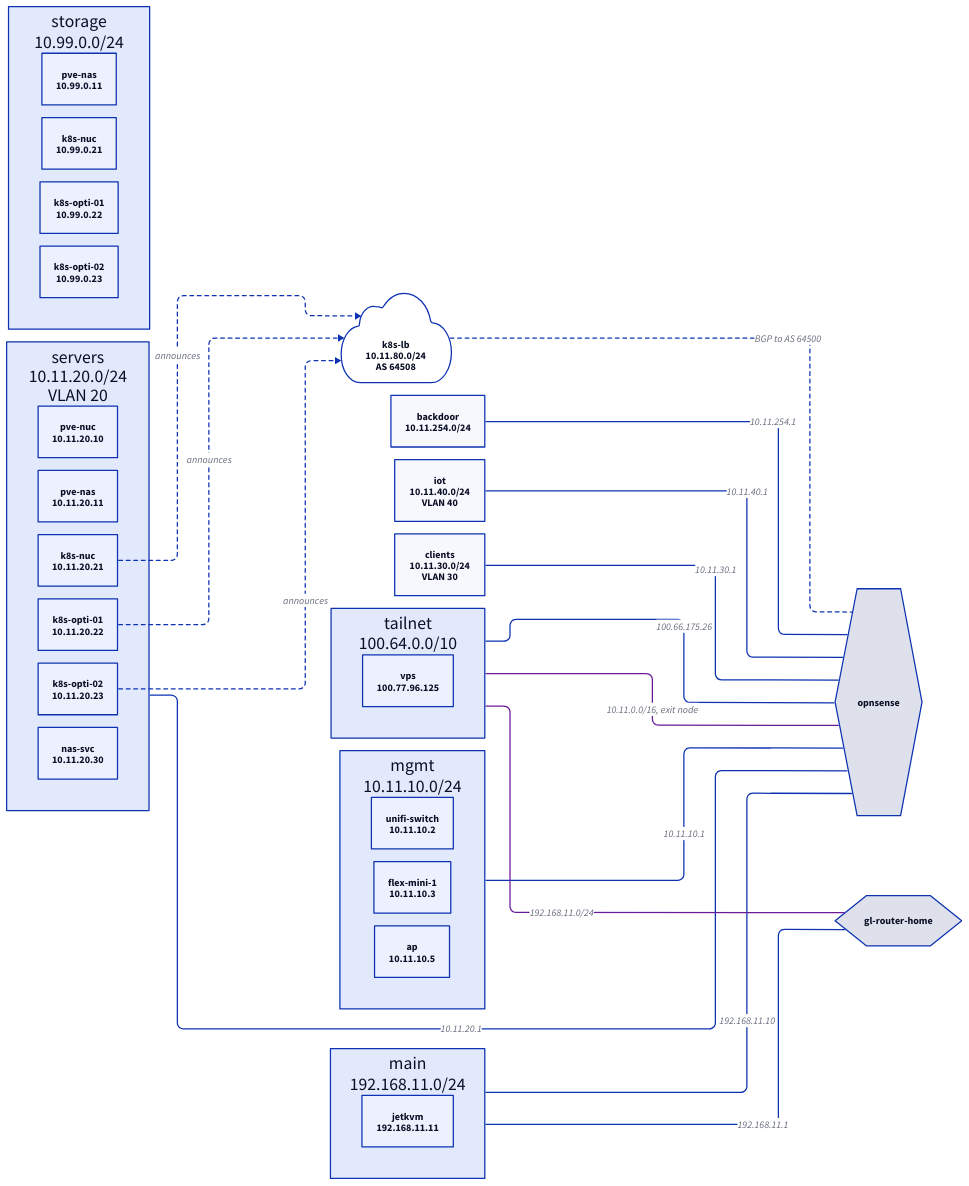
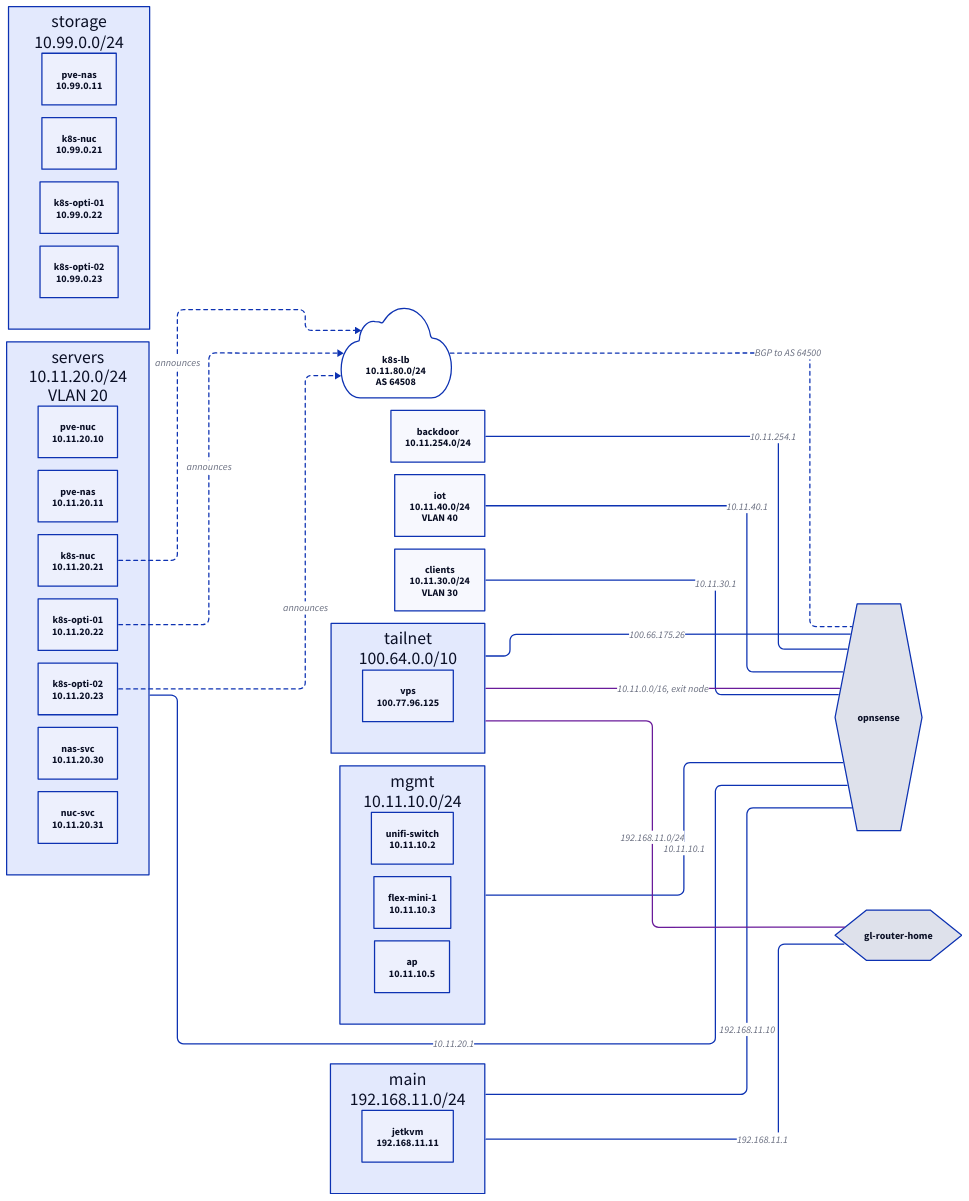
The diagram in docs/diagrams/network.d2 (subbeh/home-ops), drawn with D2 before and after one commit. The commit also changed 9 other files, not shown here.

First line of the commit message:
feat(ansible): add nuc-svc, a Docker LXC on pve-nuc like nas-svc

```diff
--- a/docs/diagrams/network.d2
+++ b/docs/diagrams/network.d2
@@ -1,66 +1,67 @@
 # GENERATED by just docs; do not edit. `just docs` renders it to network.svg.
 # The Networks from network.yaml with their addresses, the routers between them, the Pools
 # and the tailnet routes. A Network with no edge to a router is unrouted.
 direction: right
 # dagre routes edges through unrelated Network containers; elk doesn't.
 vars: {d2-config: {layout-engine: elk}}
 
 "gl-router-home": {shape: hexagon}
 "opnsense": {shape: hexagon}
 
 "main": {
   label: "main\n192.168.11.0/24"
   "jetkvm": "jetkvm\n192.168.11.11"
 }
 "main" -- "gl-router-home": "192.168.11.1"
 "main" -- "opnsense": "192.168.11.10"
 "mgmt": {
   label: "mgmt\n10.11.10.0/24"
   "unifi-switch": "unifi-switch\n10.11.10.2"
   "flex-mini-1": "flex-mini-1\n10.11.10.3"
   "ap": "ap\n10.11.10.5"
 }
 "mgmt" -- "opnsense": "10.11.10.1"
 "servers": {
   label: "servers\n10.11.20.0/24\nVLAN 20"
   "pve-nuc": "pve-nuc\n10.11.20.10"
   "pve-nas": "pve-nas\n10.11.20.11"
   "k8s-nuc": "k8s-nuc\n10.11.20.21"
   "k8s-opti-01": "k8s-opti-01\n10.11.20.22"
   "k8s-opti-02": "k8s-opti-02\n10.11.20.23"
   "nas-svc": "nas-svc\n10.11.20.30"
+  "nuc-svc": "nuc-svc\n10.11.20.31"
 }
 "servers" -- "opnsense": "10.11.20.1"
 "clients": {
   label: "clients\n10.11.30.0/24\nVLAN 30"
 }
 "clients" -- "opnsense": "10.11.30.1"
 "iot": {
   label: "iot\n10.11.40.0/24\nVLAN 40"
 }
 "iot" -- "opnsense": "10.11.40.1"
 "backdoor": {
   label: "backdoor\n10.11.254.0/24"
 }
 "backdoor" -- "opnsense": "10.11.254.1"
 "storage": {
   label: "storage\n10.99.0.0/24"
   "pve-nas": "pve-nas\n10.99.0.11"
   "k8s-nuc": "k8s-nuc\n10.99.0.21"
   "k8s-opti-01": "k8s-opti-01\n10.99.0.22"
   "k8s-opti-02": "k8s-opti-02\n10.99.0.23"
 }
 "tailnet": {
   label: "tailnet\n100.64.0.0/10"
   "vps": "vps\n100.77.96.125"
 }
 "tailnet" -- "opnsense": "100.66.175.26"
 
 "k8s-lb": "k8s-lb\n10.11.80.0/24\nAS 64508" {shape: cloud}
 "k8s-lb" -- "opnsense": "BGP to AS 64500" {style.stroke-dash: 3}
 "servers"."k8s-nuc" -> "k8s-lb": announces {style.stroke-dash: 3}
 "servers"."k8s-opti-01" -> "k8s-lb": announces {style.stroke-dash: 3}
 "servers"."k8s-opti-02" -> "k8s-lb": announces {style.stroke-dash: 3}
 
 tailnet -- "opnsense": "10.11.0.0/16, exit node" {style.stroke: "#6A1B9A"}
 tailnet -- "gl-router-home": "192.168.11.0/24" {style.stroke: "#6A1B9A"}
```
